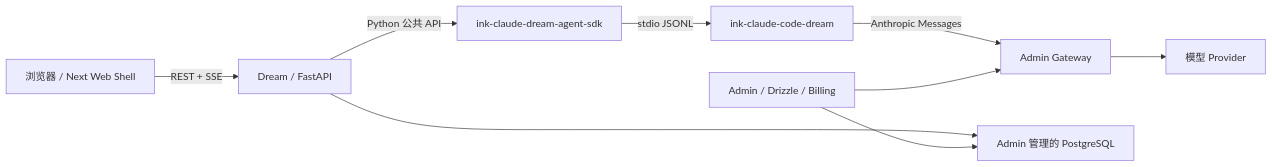
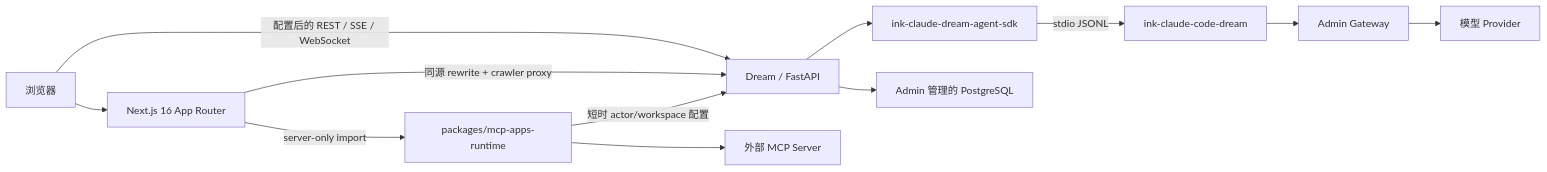
The diagram in README.zh.md (glide-the/im-dream), drawn with Mermaid before and after one commit. The commit also changed other lines of this file and 106 other files, not shown here.

Commit message:
docs: align Dream architecture with Next workspace

````diff
--- a/README.zh.md
+++ b/README.zh.md
@@ -58,11 +48,14 @@
 ```mermaid
 flowchart LR
-    Browser["浏览器 / Next Web Shell"] -->|"REST + SSE"| Dream["Dream / FastAPI"]
-    Dream -->|"Python 公共 API"| SDK["ink-claude-dream-agent-sdk"]
+    Browser["浏览器"] --> Next["Next.js 16 App Router"]
+    Browser -->|"配置后的 REST / SSE / WebSocket"| Dream["Dream / FastAPI"]
+    Next -->|"同源 rewrite + crawler proxy"| Dream
+    Next -->|"server-only import"| Apps["packages/mcp-apps-runtime"]
+    Apps -->|"短时 actor/workspace 配置"| Dream
+    Apps --> MCP["外部 MCP Server"]
+    Dream --> SDK["ink-claude-dream-agent-sdk"]
     SDK -->|"stdio JSONL"| Runtime["ink-claude-code-dream"]
-    Runtime -->|"Anthropic Messages"| Gateway["Admin Gateway"]
+    Runtime --> Gateway["Admin Gateway"]
     Gateway --> Provider["模型 Provider"]
     Dream --> PostgreSQL["Admin 管理的 PostgreSQL"]
-    Admin["Admin / Drizzle / Billing"] --> PostgreSQL
-    Admin --> Gateway
 ```
````
